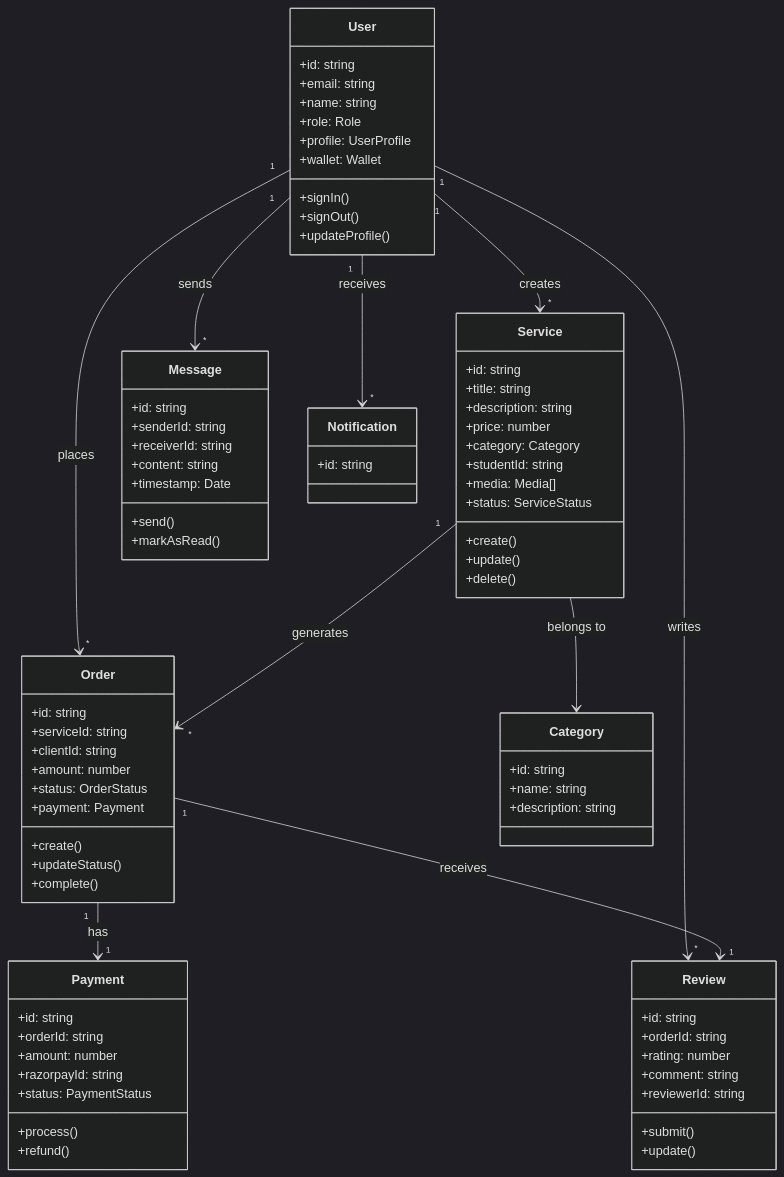
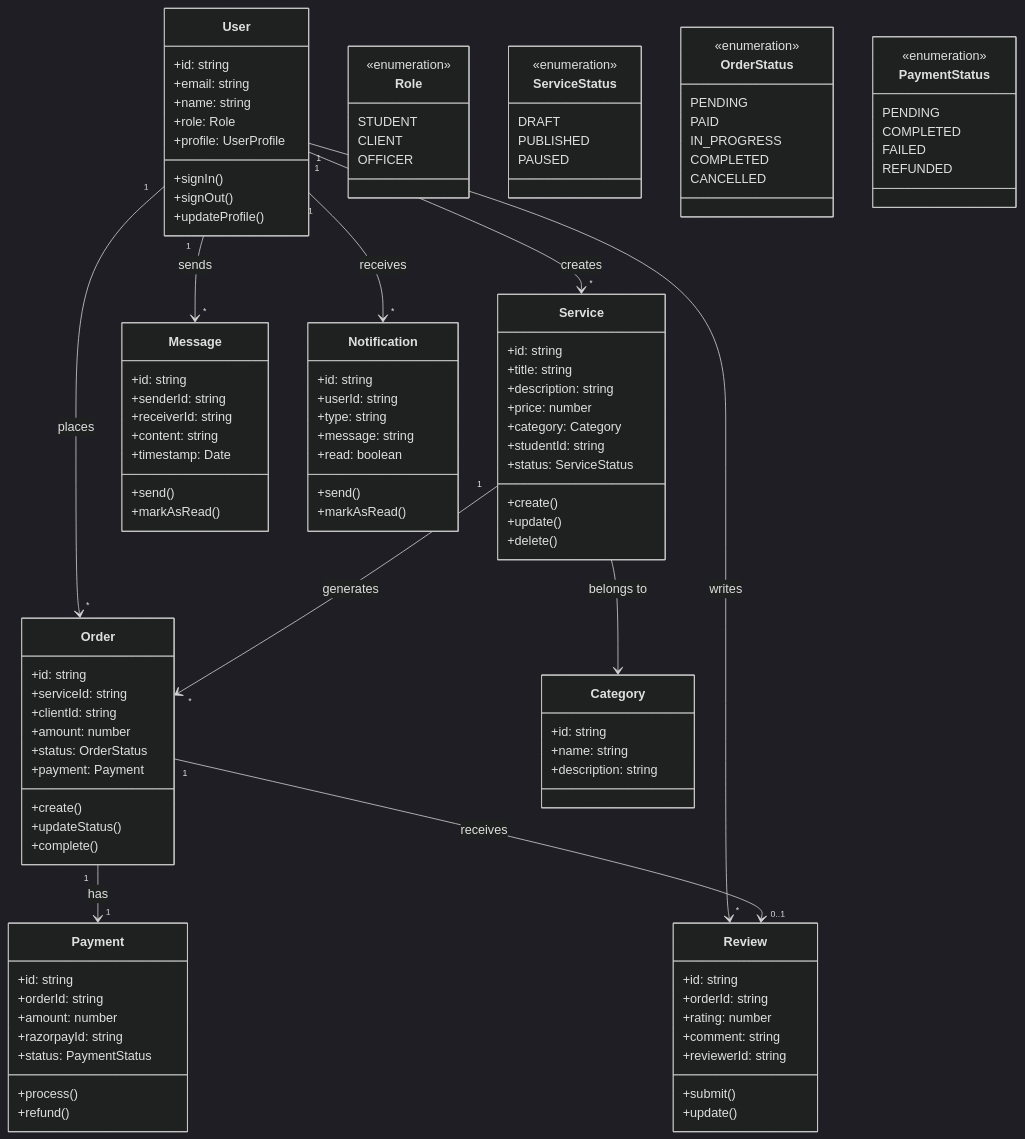
Before and after one commit to Om7035/student-market: the third of 11 diagrams in ARCHITECTURE_DIAGRAMS.md, drawn with Mermaid (dark theme). The commit also changed other lines of this file, not shown here.

````diff
--- a/ARCHITECTURE_DIAGRAMS.md
+++ b/ARCHITECTURE_DIAGRAMS.md
@@ -161,7 +108,6 @@
         +name: string
         +role: Role
         +profile: UserProfile
-        +wallet: Wallet
         +signIn()
         +signOut()
         +updateProfile()
@@ -174,7 +120,6 @@
         +price: number
         +category: Category
         +studentId: string
-        +media: Media[]
         +status: ServiceStatus
         +create()
         +update()
@@ -223,25 +168,64 @@
         +update()
     }
     
-    User "1" --> "*" Service : creates
-    User "1" --> "*" Order : places
-    User "1" --> "*" Message : sends
-    User "1" --> "*" Review : writes
-    Service "1" --> "*" Order : generates
-    Order "1" --> "1" Payment : has
-    Order "1" --> "1" Review : receives
-    
     class Category {
         +id: string
         +name: string
         +description: string
     }
     
+    class Notification {
+        +id: string
+        +userId: string
+        +type: string
+        +message: string
+        +read: boolean
+        +send()
+        +markAsRead()
+    }
+    
+    %% Relationships
+    User "1" --> "*" Service : creates
+    User "1" --> "*" Order : places
+    User "1" --> "*" Message : sends
+    User "1" --> "*" Review : writes
+    User "1" --> "*" Notification : receives
+    
+    Service "1" --> "*" Order : generates
     Service --> Category : belongs to
     
-    class Notification {
-        +id: string
+    Order "1" --> "1" Payment : has
+    Order "1" --> "0..1" Review : receives
+    
+    %% Enumerations
+    class Role {
+        <<enumeration>>
+        STUDENT
+        CLIENT
+        OFFICER
     }
     
-    User "1" --> "*" Notification : receives
+    class ServiceStatus {
+        <<enumeration>>
+        DRAFT
+        PUBLISHED
+        PAUSED
+    }
+    
+    class OrderStatus {
+        <<enumeration>>
+        PENDING
+        PAID
+        IN_PROGRESS
+        COMPLETED
+        CANCELLED
+    }
+    
+    class PaymentStatus {
+        <<enumeration>>
+        PENDING
+        COMPLETED
+        FAILED
+        REFUNDED
+    }
 ```
````
